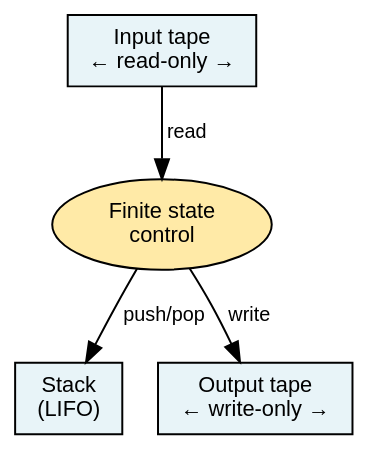
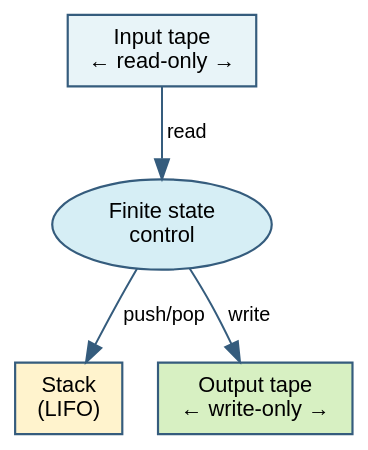
The first of 17 diagrams in semester-2/Theoretical Computer Science/7.qmd (p0dyakov/inno_notes), drawn with Graphviz before and after one commit. The commit also changed other lines of this file and 191 other files, not shown here.

````diff
--- a/semester-2/Theoretical Computer Science/7.qmd
+++ b/semester-2/Theoretical Computer Science/7.qmd
@@ -60,19 +60,19 @@
 ```{dot}
 //| fig-cap: "Architecture of a Pushdown Transducer: input tape, finite control, stack, and output tape"
 //| fig-width: 5
 digraph PDT_arch {
   rankdir=TB;
   bgcolor="transparent";
-  node [fontname="Helvetica", fontsize=11, shape=box, style=filled, fillcolor="#e8f4f8"];
-  edge [fontname="Helvetica", fontsize=10];
+  node [fontname="Helvetica", fontsize=11, shape=box, style=filled, fillcolor="#e8f4f8", color="#355c7d", penwidth=1.1];
+  edge [fontname="Helvetica", fontsize=10, color="#355c7d"];
 
   input  [label="Input tape\n← read-only →", shape=box];
-  ctrl   [label="Finite state\ncontrol", shape=ellipse, fillcolor="#ffeaa7"];
-  stack  [label="Stack\n(LIFO)", shape=box];
-  output [label="Output tape\n← write-only →", shape=box];
+  ctrl   [label="Finite state\ncontrol", shape=ellipse, fillcolor="#d6eef5"];
+  stack  [label="Stack\n(LIFO)", shape=box, fillcolor="#fff3cd"];
+  output [label="Output tape\n← write-only →", shape=box, fillcolor="#d7f0c2"];
 
   input  -> ctrl  [label=" read"];
   ctrl   -> stack [label=" push/pop"];
   ctrl   -> output [label=" write"];
 }
 ```
````
